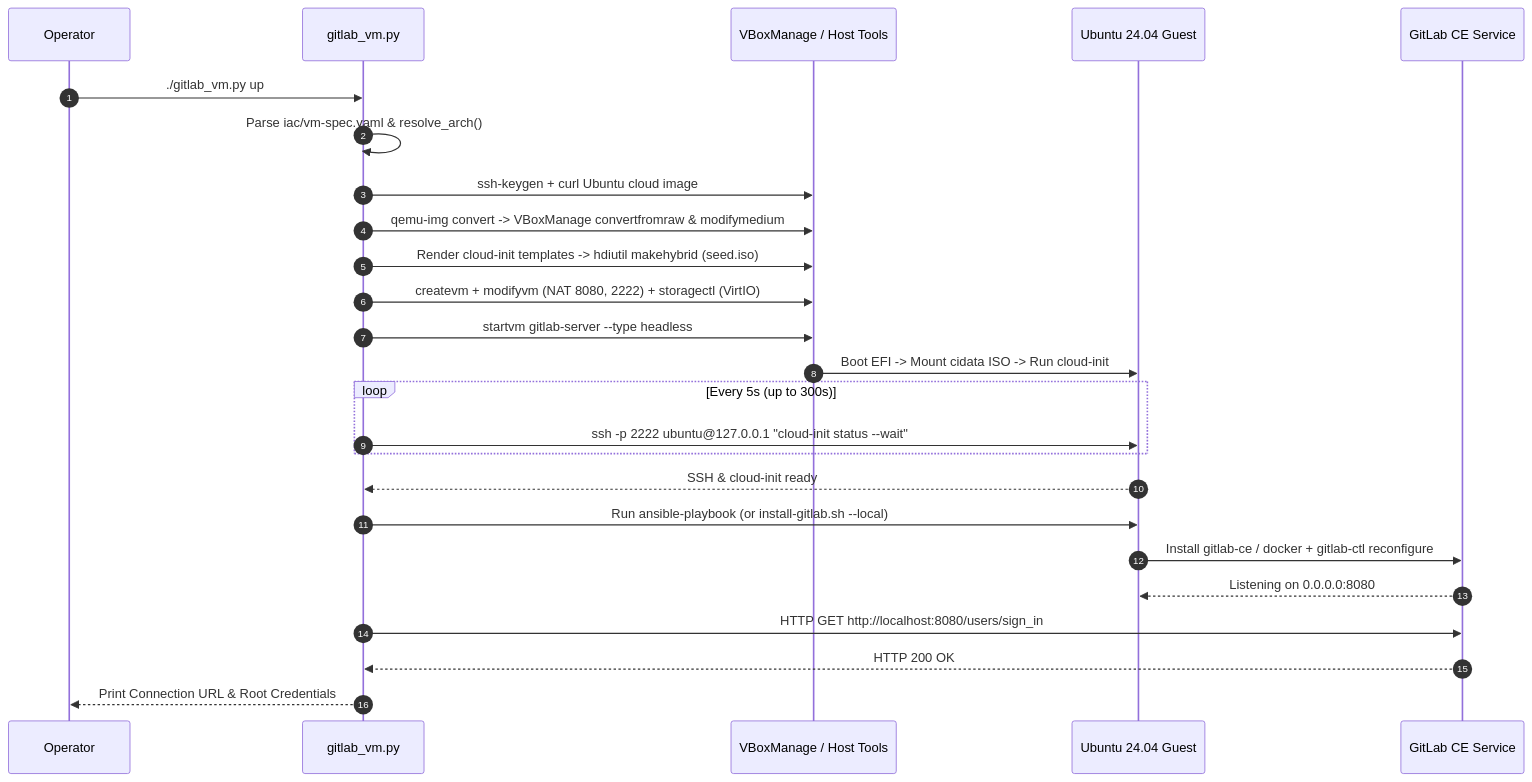
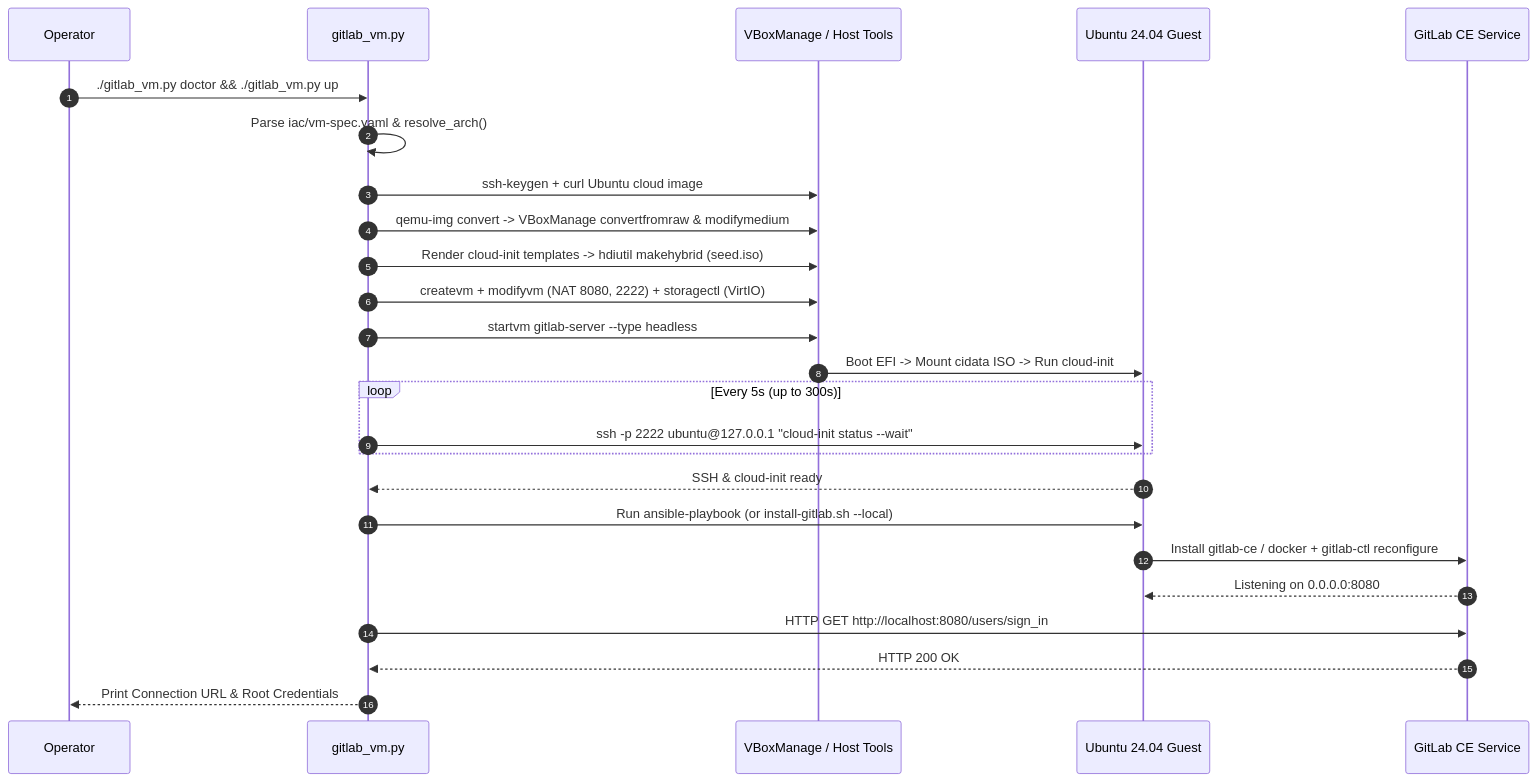
The first of 3 diagrams in docs/ARCHITECTURE.md (bsommers/gitlab), drawn with Mermaid before and after one commit. The commit also changed other lines of this file and 15 other files, not shown here.

Commit message:
feat(onboarding,docs): add multi-scope installer, init/doctor/guide CLI, and 4-chapter user guide (v0.2.0)

````diff
--- a/docs/ARCHITECTURE.md
+++ b/docs/ARCHITECTURE.md
@@ -132,28 +143,28 @@
 ```mermaid
 sequenceDiagram
     autonumber
     participant User as Operator
     participant CLI as gitlab_vm.py
     participant VBox as VBoxManage / Host Tools
     participant VM as Ubuntu 24.04 Guest
     participant GL as GitLab CE Service
 
-    User->>CLI: ./gitlab_vm.py up
+    User->>CLI: ./gitlab_vm.py doctor && ./gitlab_vm.py up
     CLI->>CLI: Parse iac/vm-spec.yaml & resolve_arch()
     CLI->>VBox: ssh-keygen + curl Ubuntu cloud image
     CLI->>VBox: qemu-img convert -> VBoxManage convertfromraw & modifymedium
     CLI->>VBox: Render cloud-init templates -> hdiutil makehybrid (seed.iso)
     CLI->>VBox: createvm + modifyvm (NAT 8080, 2222) + storagectl (VirtIO)
     CLI->>VBox: startvm gitlab-server --type headless
     VBox->>VM: Boot EFI -> Mount cidata ISO -> Run cloud-init
     loop Every 5s (up to 300s)
         CLI->>VM: ssh -p 2222 ubuntu@127.0.0.1 "cloud-init status --wait"
     end
     VM-->>CLI: SSH & cloud-init ready
     CLI->>VM: Run ansible-playbook (or install-gitlab.sh --local)
     VM->>GL: Install gitlab-ce / docker + gitlab-ctl reconfigure
     GL-->>VM: Listening on 0.0.0.0:8080
     CLI->>GL: HTTP GET http://localhost:8080/users/sign_in
     GL-->>CLI: HTTP 200 OK
     CLI-->>User: Print Connection URL & Root Credentials
 ```
````
